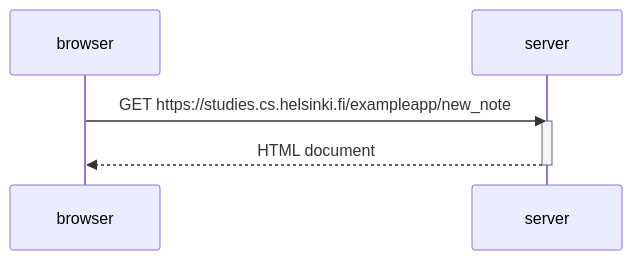
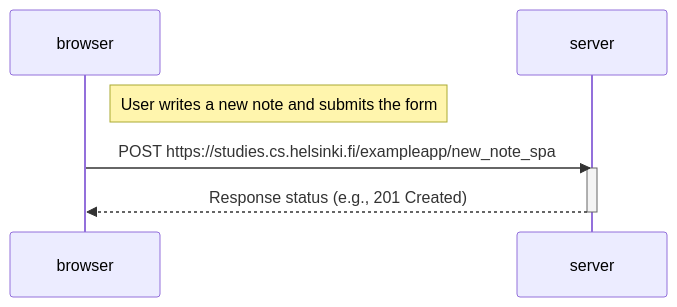
The diagram in Part0/zad0-6.mmd (Layer2843/my-repo), drawn with Mermaid before and after one commit. The commit also changed 1 other file, not shown here.

```diff
--- a/Part0/zad0-6.mmd
+++ b/Part0/zad0-6.mmd
@@ -1,8 +1,10 @@
 sequenceDiagram
     participant browser
     participant server
 
-    browser->>server: GET https://studies.cs.helsinki.fi/exampleapp/new_note
+    Note right of browser: User writes a new note and submits the form
+
+    browser->>server: POST https://studies.cs.helsinki.fi/exampleapp/new_note_spa
     activate server
-    server-->>browser: HTML document
+    server-->>browser: Response status (e.g., 201 Created)
     deactivate server
```
